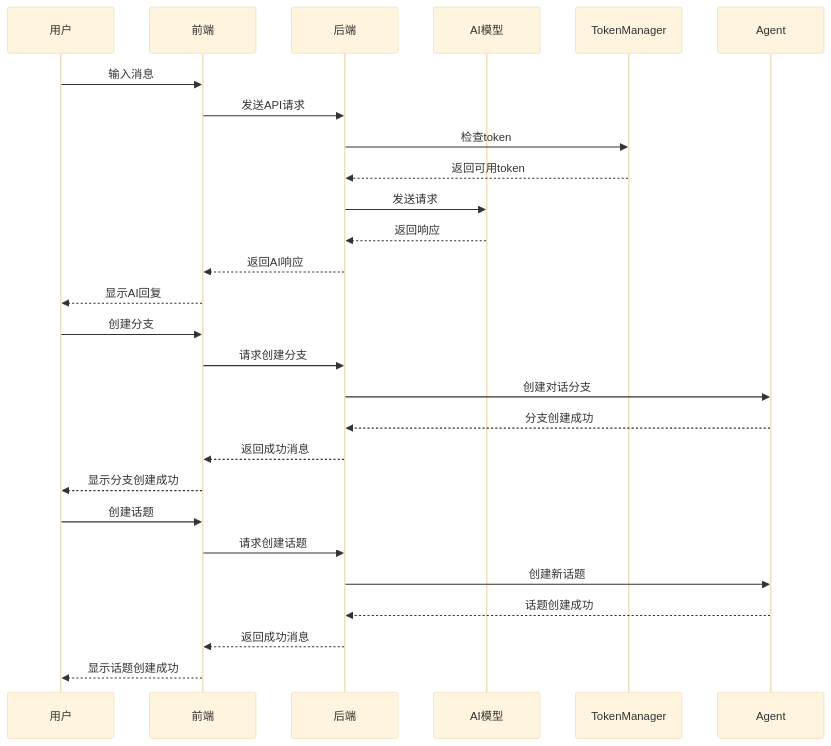
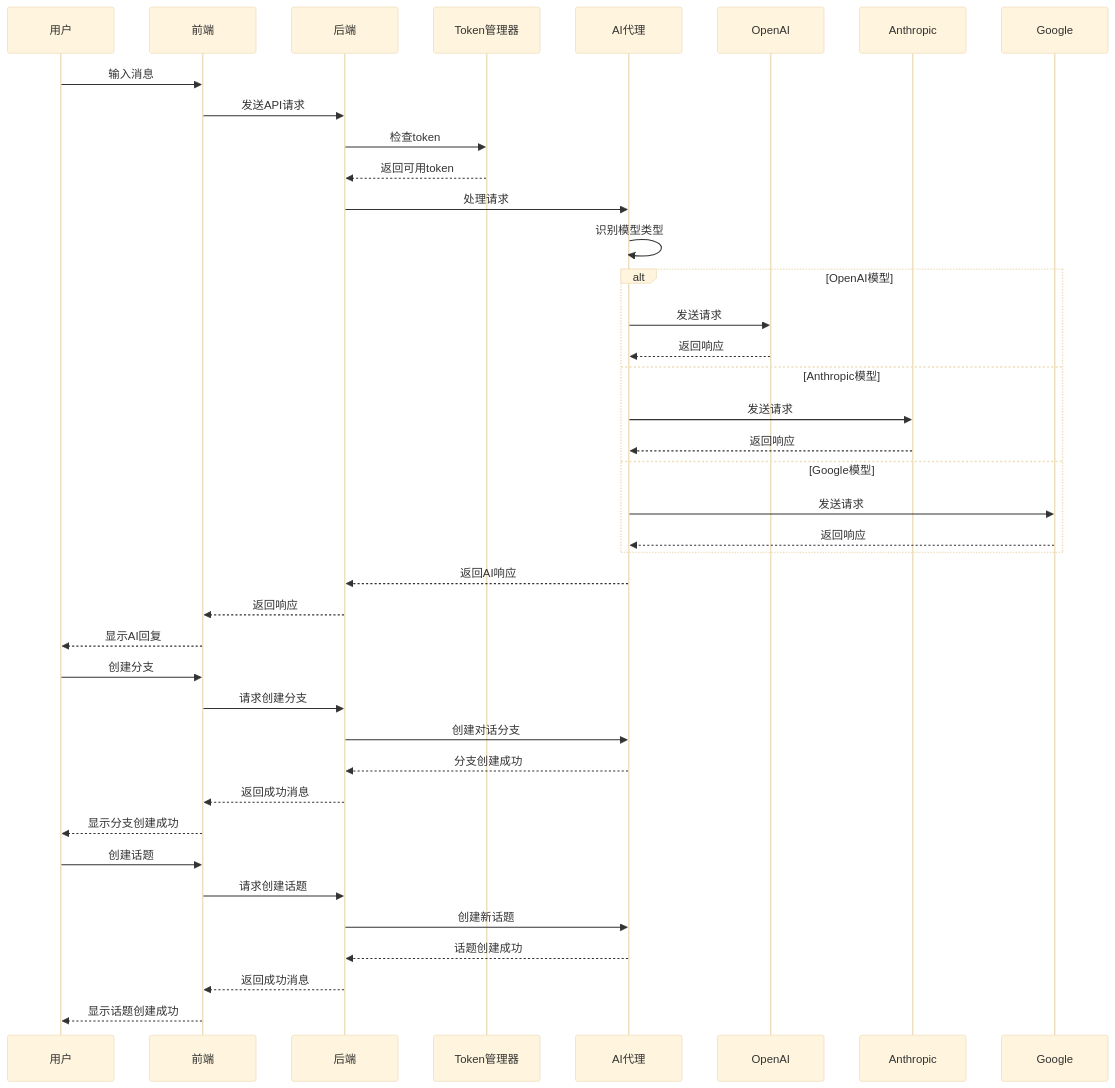
The diagram in README.md (HalleyAllen/TreeFlow), drawn with Mermaid (base theme) before and after one commit. The commit also changed other lines of this file and 93 other files, not shown here.

````diff
--- a/README.md
+++ b/README.md
@@ -81,30 +151,45 @@
 ```mermaid
 sequenceDiagram
     participant User as 用户
     participant Frontend as 前端
     participant Backend as 后端
-    participant AI as AI模型
+    participant TokenManager as Token管理器
+    participant Agent as AI代理
+    participant OpenAI as OpenAI
+    participant Anthropic as Anthropic
+    participant Google as Google
 
     User->>Frontend: 输入消息
     Frontend->>Backend: 发送API请求
     Backend->>TokenManager: 检查token
     TokenManager-->>Backend: 返回可用token
-    Backend->>AI: 发送请求
-    AI-->>Backend: 返回响应
-    Backend-->>Frontend: 返回AI响应
+    Backend->>Agent: 处理请求
+    Agent->>Agent: 识别模型类型
+    alt OpenAI模型
+        Agent->>OpenAI: 发送请求
+        OpenAI-->>Agent: 返回响应
+    else Anthropic模型
+        Agent->>Anthropic: 发送请求
+        Anthropic-->>Agent: 返回响应
+    else Google模型
+        Agent->>Google: 发送请求
+        Google-->>Agent: 返回响应
+    end
+    Agent-->>Backend: 返回AI响应
+    Backend-->>Frontend: 返回响应
     Frontend-->>User: 显示AI回复
     
     User->>Frontend: 创建分支
     Frontend->>Backend: 请求创建分支
     Backend->>Agent: 创建对话分支
     Agent-->>Backend: 分支创建成功
     Backend-->>Frontend: 返回成功消息
     Frontend-->>User: 显示分支创建成功
     
     User->>Frontend: 创建话题
     Frontend->>Backend: 请求创建话题
     Backend->>Agent: 创建新话题
     Agent-->>Backend: 话题创建成功
     Backend-->>Frontend: 返回成功消息
     Frontend-->>User: 显示话题创建成功
 ```
````
